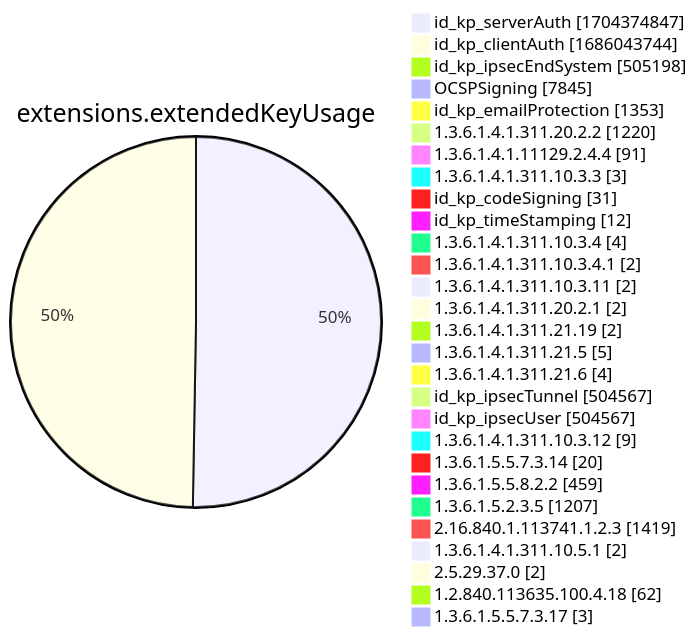
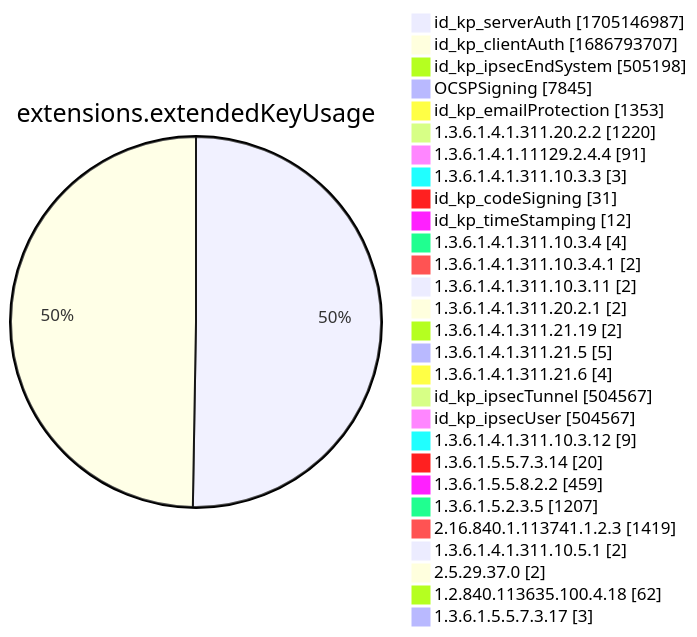
Diagram 12 of 15 in xenon2022/README.md (christiankrug/ctmonitor_visualization), drawn with Mermaid before and after one commit. The commit also changed other lines of this file, not shown here.

````diff
--- a/xenon2022/README.md
+++ b/xenon2022/README.md
@@ -3888,32 +3888,32 @@
 ```mermaid
 pie showData
 title extensions.extendedKeyUsage
-"id_kp_serverAuth" :1704374847
-"id_kp_clientAuth" :1686043744
+"id_kp_serverAuth" :1705146987
+"id_kp_clientAuth" :1686793707
 "id_kp_ipsecEndSystem" :505198
 "OCSPSigning" :7845
 "id_kp_emailProtection" :1353
 "1.3.6.1.4.1.311.20.2.2" :1220
 "1.3.6.1.4.1.11129.2.4.4" :91
 "1.3.6.1.4.1.311.10.3.3" :3
 "id_kp_codeSigning" :31
 "id_kp_timeStamping" :12
 "1.3.6.1.4.1.311.10.3.4" :4
 "1.3.6.1.4.1.311.10.3.4.1" :2
 "1.3.6.1.4.1.311.10.3.11" :2
 "1.3.6.1.4.1.311.20.2.1" :2
 "1.3.6.1.4.1.311.21.19" :2
 "1.3.6.1.4.1.311.21.5" :5
 "1.3.6.1.4.1.311.21.6" :4
 "id_kp_ipsecTunnel" :504567
 "id_kp_ipsecUser" :504567
 "1.3.6.1.4.1.311.10.3.12" :9
 "1.3.6.1.5.5.7.3.14" :20
 "1.3.6.1.5.5.8.2.2" :459
 "1.3.6.1.5.2.3.5" :1207
 "2.16.840.1.113741.1.2.3" :1419
 "1.3.6.1.4.1.311.10.5.1" :2
 "2.5.29.37.0" :2
 "1.2.840.113635.100.4.18" :62
 "1.3.6.1.5.5.7.3.17" :3
 ```
````
